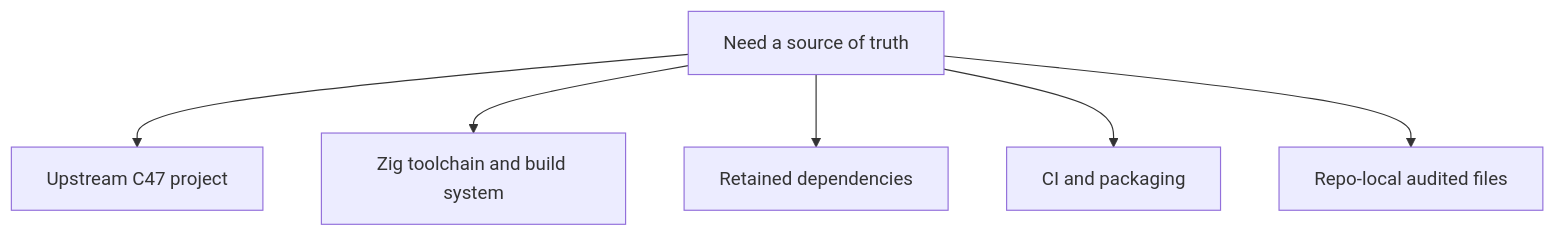
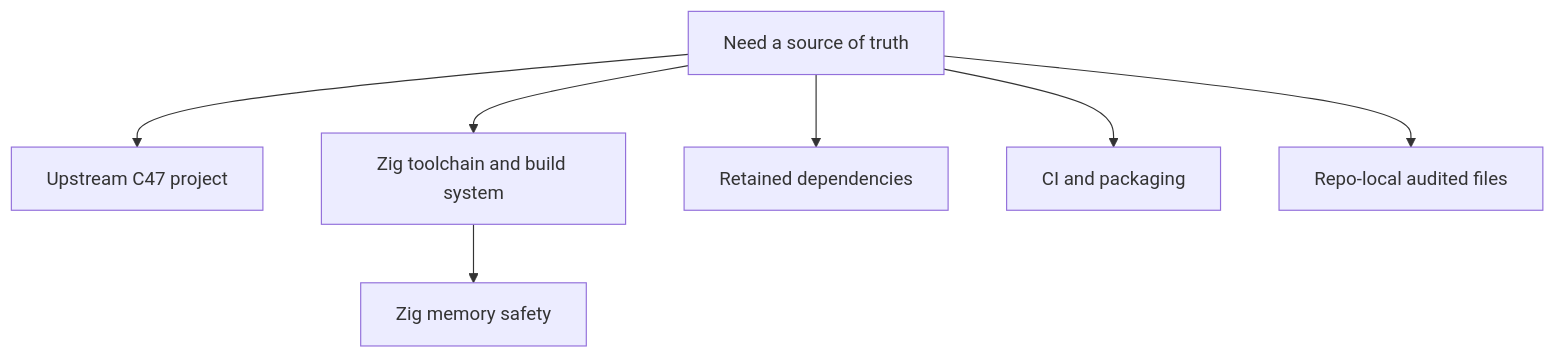
One commit to ppigazzini/z47 changed the diagram in zig_docs/90-official-references.md. Above: the diagram before and after it, drawn with Mermaid. The commit also changed other lines of this file and 2 other files, not shown here.

First line of the commit message:
docs(safety): say what each detector cannot see, and refresh the Zig safety refs

````diff
--- a/zig_docs/90-official-references.md
+++ b/zig_docs/90-official-references.md
@@ -12,15 +13,17 @@
 ```mermaid
 flowchart TD
   A[Need a source of truth]
   B[Upstream C47 project]
   C[Zig toolchain and build system]
+  G[Zig memory safety]
   D[Retained dependencies]
   E[CI and packaging]
   F[Repo-local audited files]
 
   A --> B
   A --> C
+  C --> G
   A --> D
   A --> E
   A --> F
 ```
````
